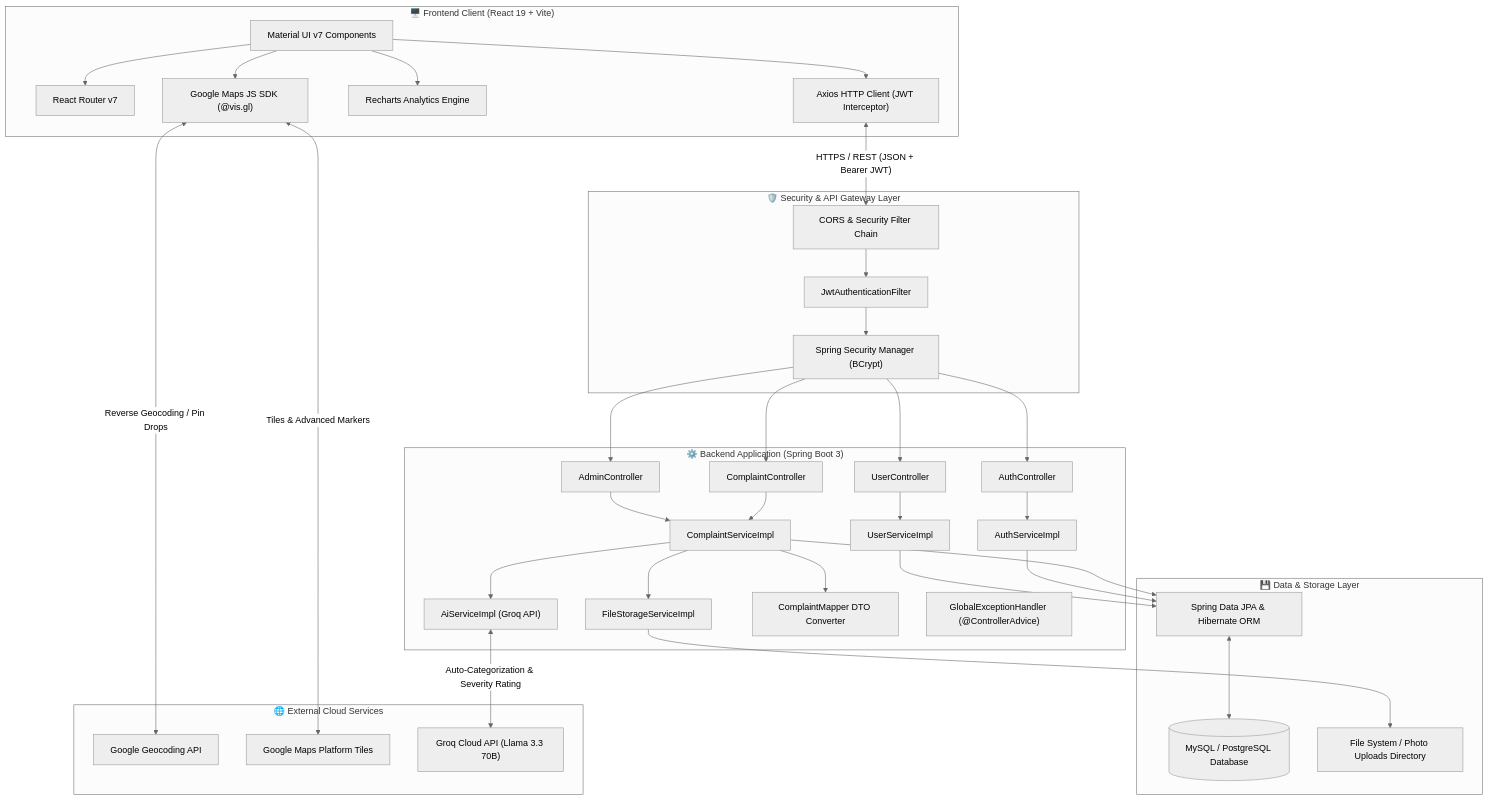
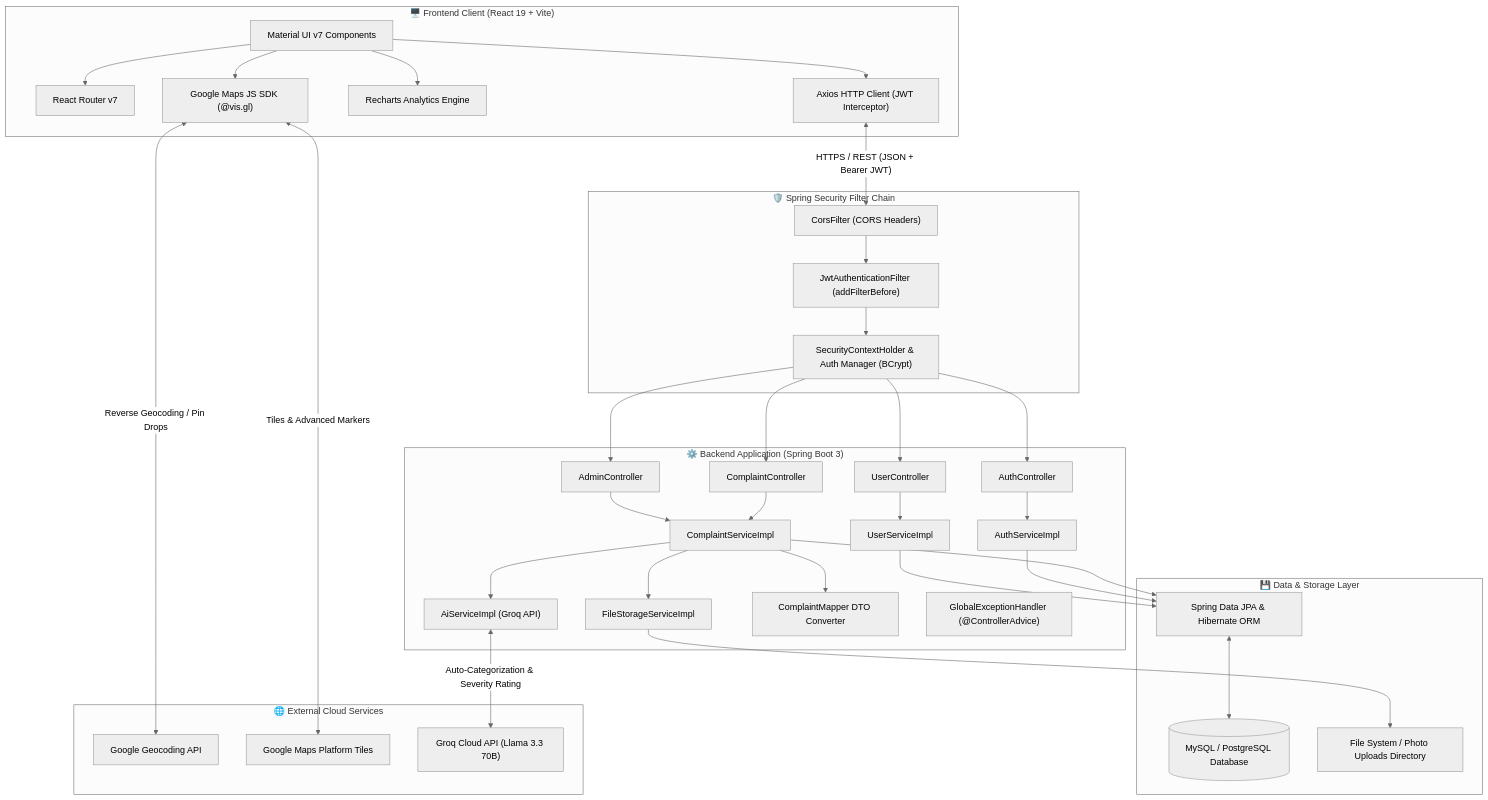
One commit to SHIBAM-GHOSH/UrbanFix changed the first of 4 diagrams in README.md. Above: the diagram before and after it, drawn with Mermaid (neutral theme). The commit also changed other lines of this file and 1 other file, not shown here.

```diff
--- a/README.md
+++ b/README.md
@@ -51,10 +51,10 @@
         GroqAI["Groq Cloud API (Llama 3.3 70B)"]
     end
 
-    subgraph SecurityTier ["🛡️ Security & API Gateway Layer"]
-        CORS["CORS & Security Filter Chain"]
-        JWTFilter["JwtAuthenticationFilter"]
-        SpringSec["Spring Security Manager (BCrypt)"]
+    subgraph SecurityTier ["🛡️ Spring Security Filter Chain"]
+        CorsFilter["CorsFilter (CORS Headers)"]
+        JWTFilter["JwtAuthenticationFilter (addFilterBefore)"]
+        SpringSec["SecurityContextHolder & Auth Manager (BCrypt)"]
     end
 
     subgraph ApplicationTier ["⚙️ Backend Application (Spring Boot 3)"]
@@ -91,8 +91,8 @@
     AiService <-->|"Auto-Categorization & Severity Rating"| GroqAI
 
     %% Client to Backend Communication
-    AxiosClient <-->|"HTTPS / REST (JSON + Bearer JWT)"| CORS
-    CORS --> JWTFilter
+    AxiosClient <-->|"HTTPS / REST (JSON + Bearer JWT)"| CorsFilter
+    CorsFilter --> JWTFilter
     JWTFilter --> SpringSec
 
     %% Controller Dispatching
```
